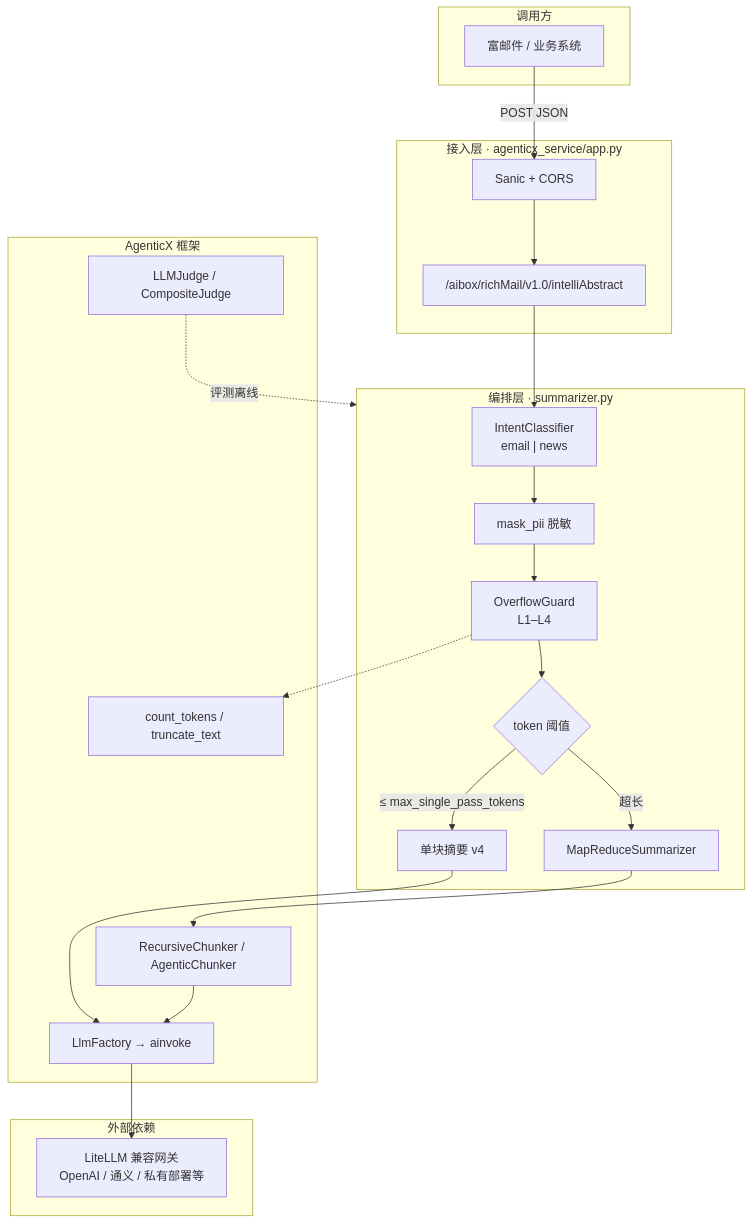
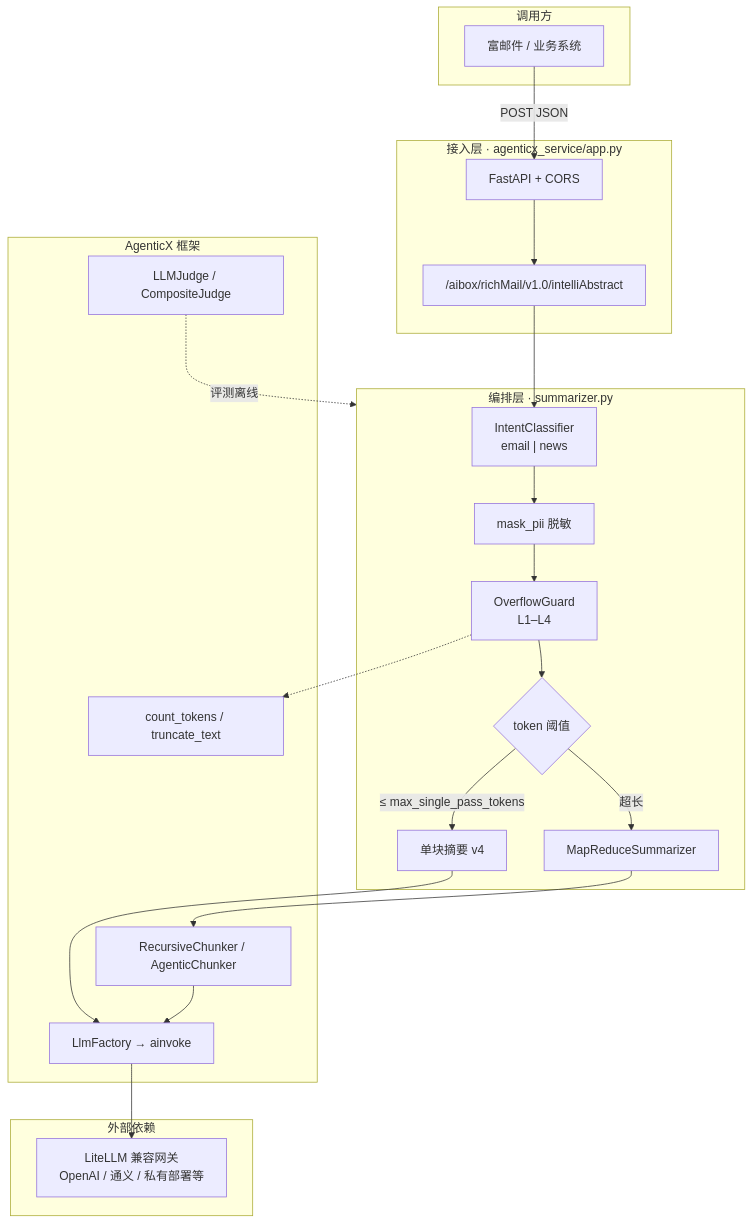
The first of 3 diagrams in README.md (DemonDamon/AgenticX-LongTextSummarizer), drawn with Mermaid before and after one commit. The commit also changed other lines of this file and 3 other files, not shown here.

First line of the commit message:
refactor(example): agenticx_service 接入层 Sanic 迁移至 FastAPI

````diff
--- a/README.md
+++ b/README.md
@@ -49,41 +49,41 @@
 ```mermaid
 flowchart TB
     subgraph Client["调用方"]
         APP["富邮件 / 业务系统"]
     end
 
     subgraph API["接入层 · agenticx_service/app.py"]
-        SANIC["Sanic + CORS"]
+        HTTP["FastAPI + CORS"]
         ROUTE["/aibox/richMail/v1.0/intelliAbstract"]
     end
 
     subgraph Orchestration["编排层 · summarizer.py"]
         INTENT["IntentClassifier<br/>email | news"]
         PII["mask_pii 脱敏"]
         OVERFLOW["OverflowGuard<br/>L1–L4"]
         ROUTER{"token 阈值"}
         SINGLE["单块摘要 v4"]
         MR["MapReduceSummarizer"]
     end
 
     subgraph AgenticX["AgenticX 框架"]
         LLM["LlmFactory → ainvoke"]
         CHUNK["RecursiveChunker / AgenticChunker"]
         TOKEN["count_tokens / truncate_text"]
         JUDGE["LLMJudge / CompositeJudge"]
     end
 
     subgraph External["外部依赖"]
         PROVIDER["LiteLLM 兼容网关<br/>OpenAI / 通义 / 私有部署等"]
     end
 
-    APP -->|POST JSON| SANIC --> ROUTE --> INTENT
+    APP -->|POST JSON| HTTP --> ROUTE --> INTENT
     INTENT --> PII --> OVERFLOW --> ROUTER
     ROUTER -->|≤ max_single_pass_tokens| SINGLE
     ROUTER -->|超长| MR
     SINGLE --> LLM
     MR --> CHUNK --> LLM
     OVERFLOW -.-> TOKEN
     LLM --> PROVIDER
     JUDGE -.->|评测离线| Orchestration
 ```
````
